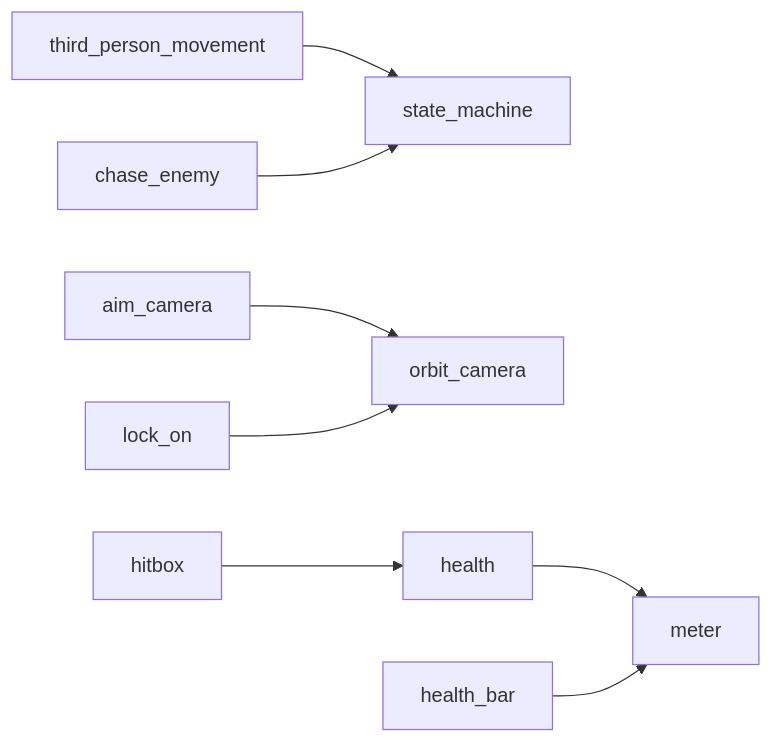
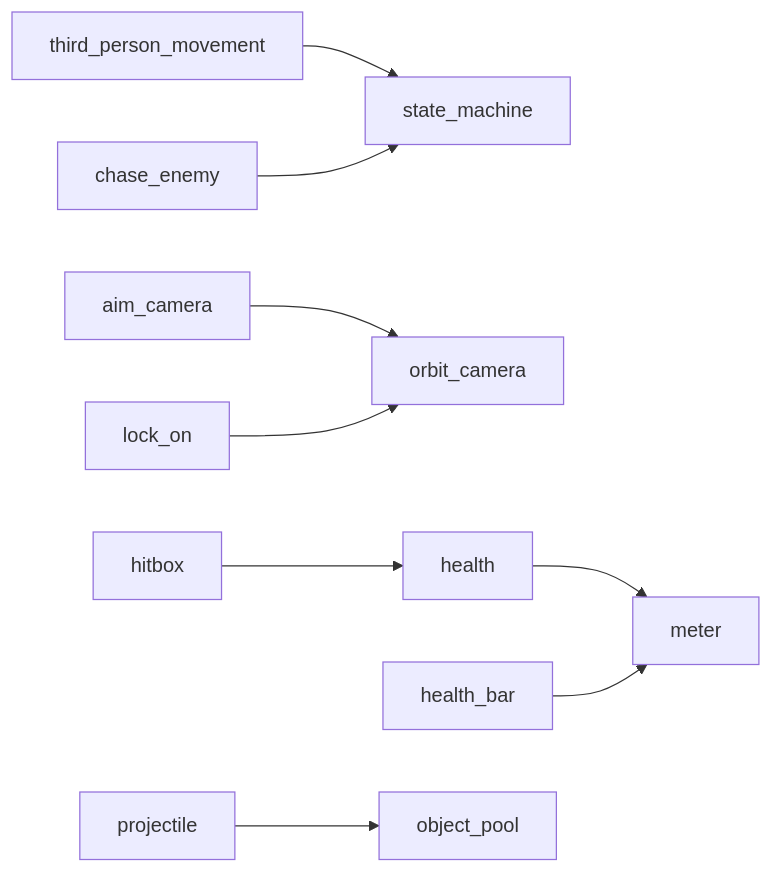
The diagram in docs/architecture.md (xcwds/Godot-Cookbook), drawn with Mermaid before and after one commit. The commit also changed other lines of this file and 16 other files, not shown here.

First line of the commit message:
Move ObjectPool into its own recipe (#58)

````diff
--- a/docs/architecture.md
+++ b/docs/architecture.md
@@ -9,10 +9,11 @@
 ```mermaid
 flowchart LR
     third_person_movement --> state_machine
     chase_enemy --> state_machine
     aim_camera --> orbit_camera
     lock_on --> orbit_camera
     hitbox --> health
     health --> meter
     health_bar --> meter
+    projectile --> object_pool
 ```
````
